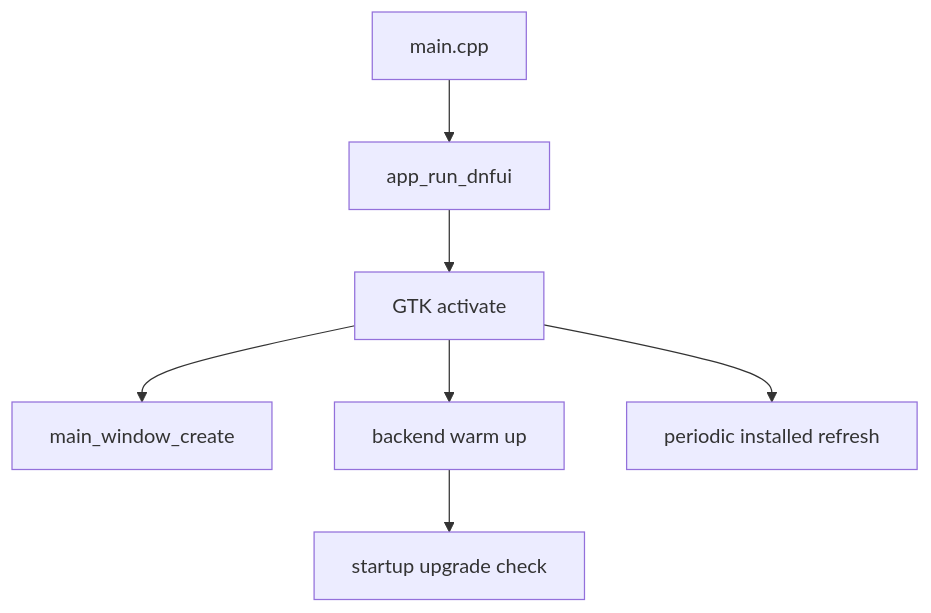
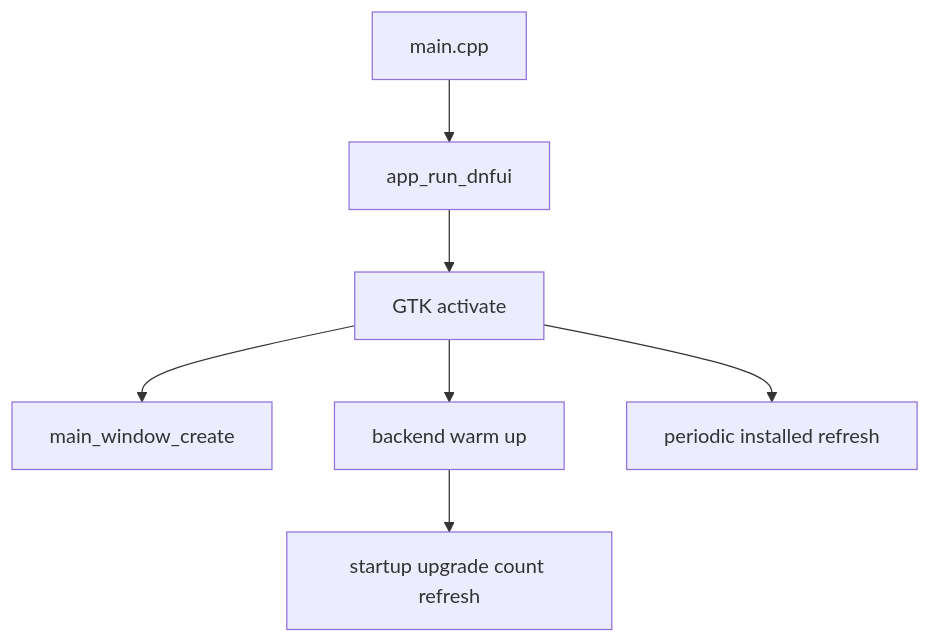
Before and after one commit to ErikMN/dnf_ui: the second of 4 diagrams in docs/architecture.md, drawn with Mermaid. The commit also changed other lines of this file and 6 other files, not shown here.

First line of the commit message:
Refresh upgrade count after repository refresh

````diff
--- a/docs/architecture.md
+++ b/docs/architecture.md
@@ -108,9 +108,9 @@
 ```mermaid
 flowchart TD
     Main[main.cpp] --> Run[app_run_dnfui]
     Run --> Activate[GTK activate]
     Activate --> Window[main_window_create]
     Activate --> Warmup[backend warm up]
     Activate --> Refresh[periodic installed refresh]
-    Warmup --> UpgradeCheck[startup upgrade check]
+    Warmup --> UpgradeCheck[startup upgrade count refresh]
 ```
````
